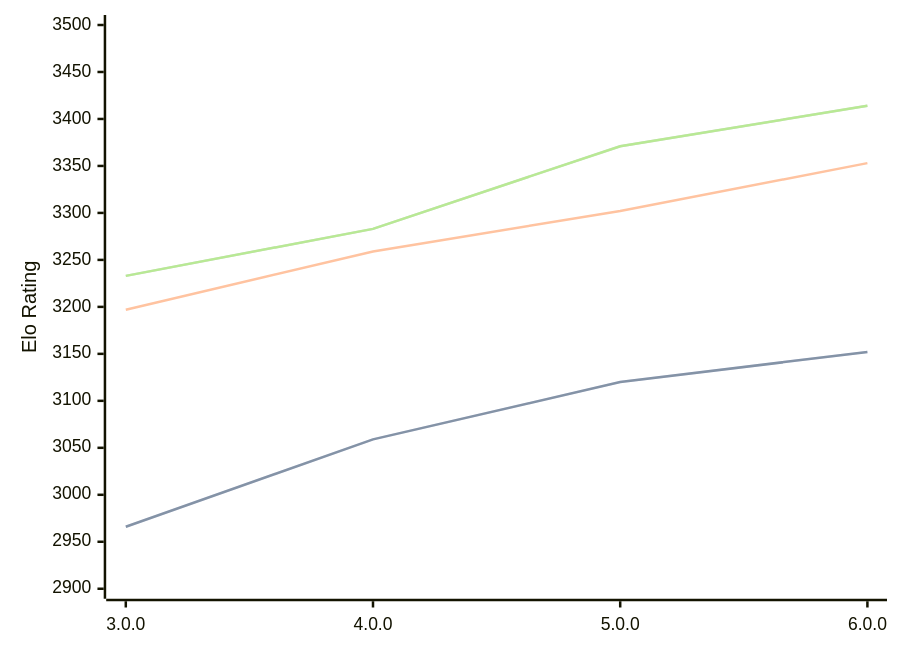
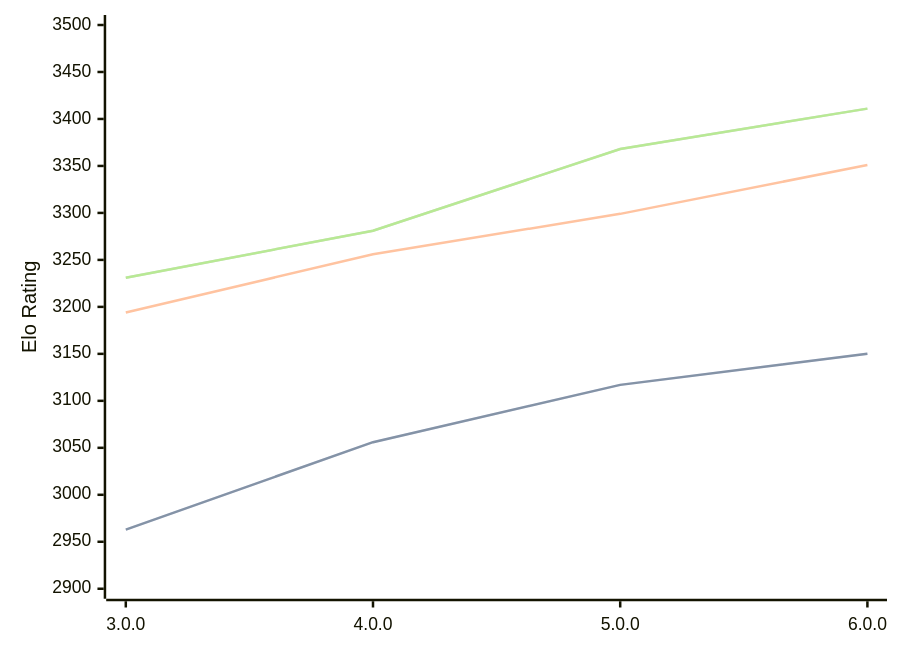
The diagram in engines/Minke.md (computer-chess-index/cci), drawn with Mermaid before and after one commit. The commit also changed other lines of this file, not shown here.

Commit message:
Update CCI Ratings (ELO VLTC) - 2026-06-08

````diff
--- a/engines/Minke.md
+++ b/engines/Minke.md
@@ -36,11 +36,11 @@
 ```mermaid
 %%{init: {"theme":"base","themeVariables":{"seriesColors:['#a3a3a3','#222221','#faa371']}}}%%
 xychart-beta
   x-axis ["3.0.0", "4.0.0", "5.0.0", "6.0.0"]
   y-axis "Elo Rating" 2900 --> 3500
-  line "STC (8.0+0.08s)" [2966, 3059, 3120, 3152]
-  line "STC (8.0+0.08s)" [2966, 3059, 3120, 3152]
-  line "LTC (60.0+0.60s)" [3197, 3259, 3302, 3353]
-  line "VLTC (2m24s+1.12s)" [3233, 3283, 3371, 3414]
-  line "VLTC (2m24s+1.12s)" [3233, 3283, 3371, 3414]
+  line "STC (8.0+0.08s)" [2963, 3056, 3117, 3150]
+  line "STC (8.0+0.08s)" [2963, 3056, 3117, 3150]
+  line "LTC (60.0+0.60s)" [3194, 3256, 3299, 3351]
+  line "VLTC (2m24s+1.12s)" [3231, 3281, 3368, 3411]
+  line "VLTC (2m24s+1.12s)" [3231, 3281, 3368, 3411]
 ```
````
